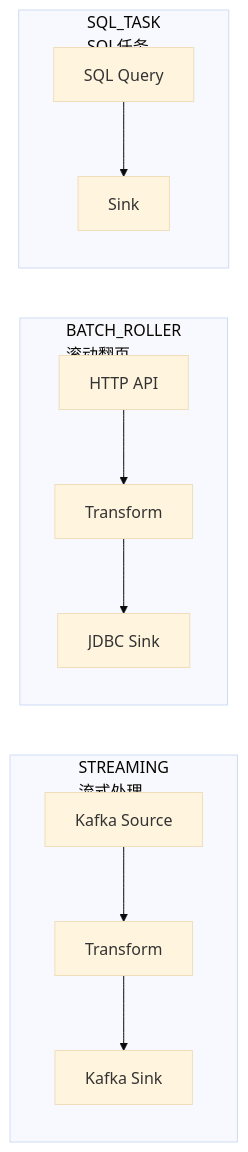
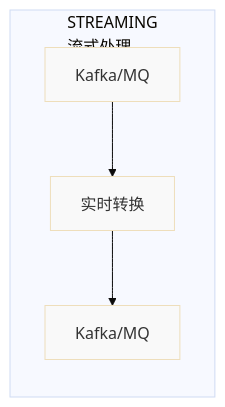
Before and after one commit to 312268112/advanced-java: the second of 16 diagrams in pipeline-framework-design.md, drawn with Mermaid (base theme). The commit also changed other lines of this file, not shown here.

````diff
--- a/pipeline-framework-design.md
+++ b/pipeline-framework-design.md
@@ -63,14 +145,9 @@
 ```mermaid
 graph LR
-    subgraph Mode1["STREAMING<br/>流式处理"]
-        S1[Kafka Source] --> F1[Transform] --> K1[Kafka Sink]
-    end
-    
-    subgraph Mode2["BATCH_ROLLER<br/>滚动翻页"]
-        S2[HTTP API] --> F2[Transform] --> K2[JDBC Sink]
-    end
-    
-    subgraph Mode3["SQL_TASK<br/>SQL任务"]
-        S3[SQL Query] --> K3[Sink]
+    subgraph "STREAMING<br/>流式处理"
+        S1[Kafka/MQ] --> T1[实时转换] --> K1[Kafka/MQ]
+        style S1 fill:#f9f9f9
+        style T1 fill:#f9f9f9
+        style K1 fill:#f9f9f9
     end
 ```
````
